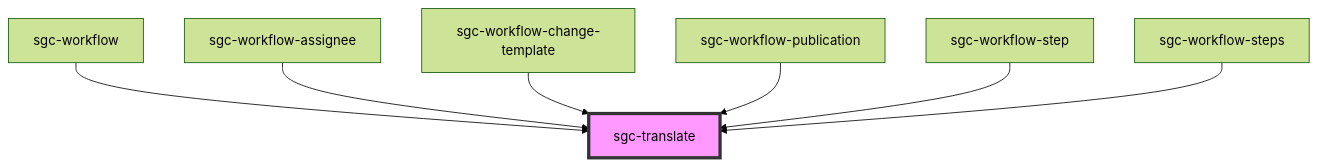
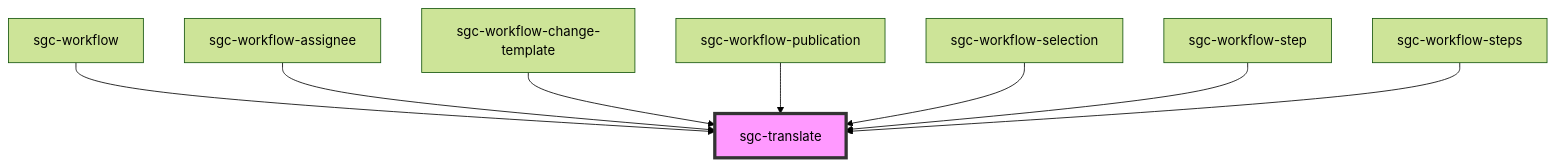
Before and after one commit to swisstopo/swissgeol-ui-core: the diagram in src/components/sgc-translate/readme.md, drawn with Mermaid (forest theme). The commit also changed other lines of this file and 24 other files, not shown here.

````diff
--- a/src/components/sgc-translate/readme.md
+++ b/src/components/sgc-translate/readme.md
@@ -24,10 +26,11 @@
 ```mermaid
 graph TD;
   sgc-workflow --> sgc-translate
   sgc-workflow-assignee --> sgc-translate
   sgc-workflow-change-template --> sgc-translate
   sgc-workflow-publication --> sgc-translate
+  sgc-workflow-selection --> sgc-translate
   sgc-workflow-step --> sgc-translate
   sgc-workflow-steps --> sgc-translate
   style sgc-translate fill:#f9f,stroke:#333,stroke-width:4px
 ```
````
